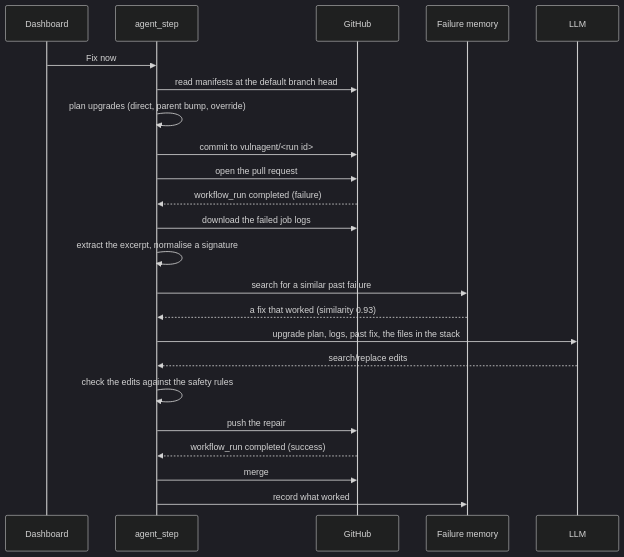
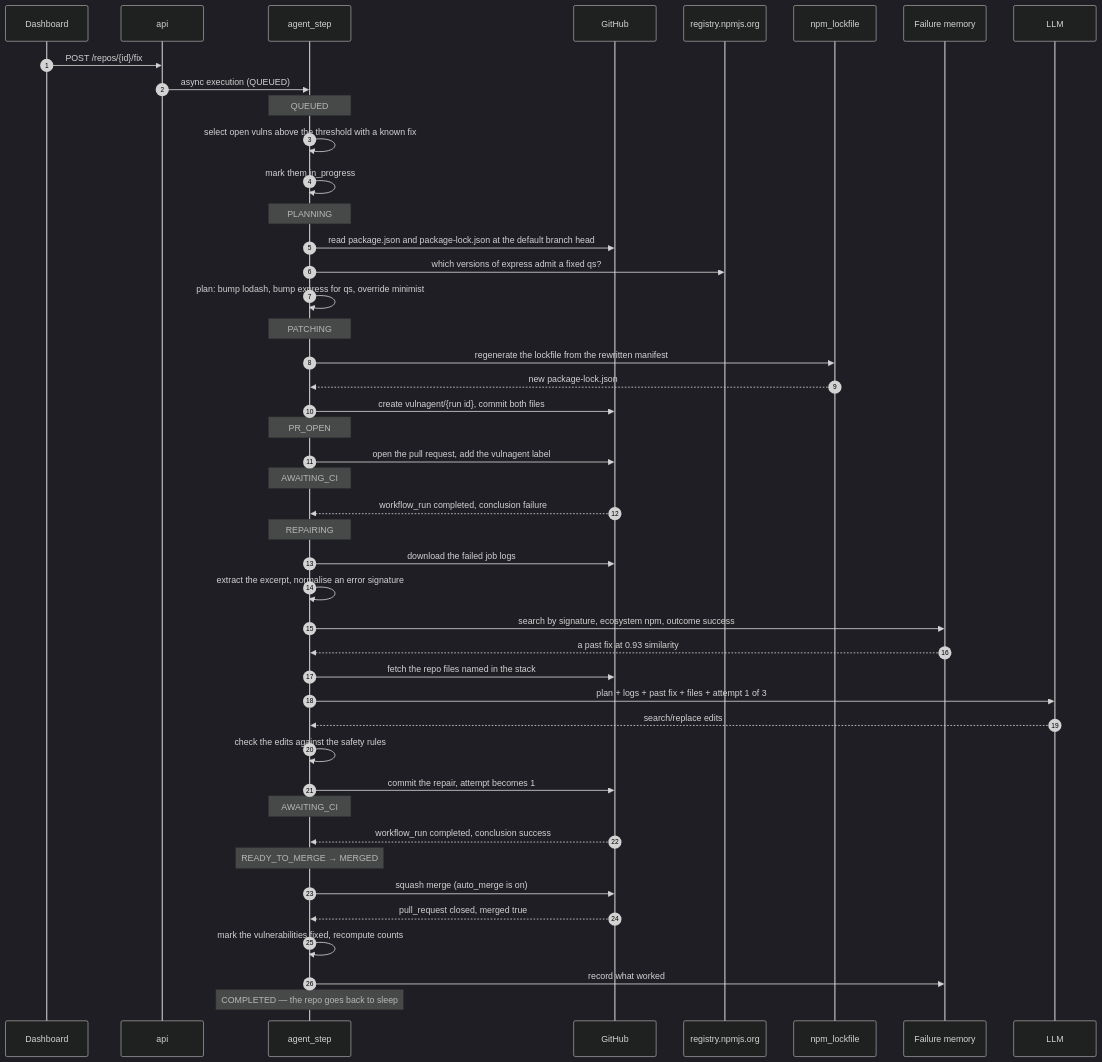
The third of 4 diagrams in docs/architecture.md (PranavViswanathan/Hydra), drawn with Mermaid (dark theme) before and after one commit. The commit also changed other lines of this file and 15 other files, not shown here.

````diff
--- a/docs/architecture.md
+++ b/docs/architecture.md
@@ -86,26 +125,57 @@
 ```mermaid
 sequenceDiagram
+    autonumber
     participant D as Dashboard
-    participant A as agent_step
+    participant API as api
+    participant S as agent_step
     participant G as GitHub
+    participant R as registry.npmjs.org
+    participant N as npm_lockfile
     participant M as Failure memory
     participant L as LLM
 
-    D->>A: Fix now
-    A->>G: read manifests at the default branch head
-    A->>A: plan upgrades (direct, parent bump, override)
-    A->>G: commit to vulnagent/<run id>
-    A->>G: open the pull request
-    G-->>A: workflow_run completed (failure)
-    A->>G: download the failed job logs
-    A->>A: extract the excerpt, normalise a signature
-    A->>M: search for a similar past failure
-    M-->>A: a fix that worked (similarity 0.93)
-    A->>L: upgrade plan, logs, past fix, the files in the stack
-    L-->>A: search/replace edits
-    A->>A: check the edits against the safety rules
-    A->>G: push the repair
-    G-->>A: workflow_run completed (success)
-    A->>G: merge
-    A->>M: record what worked
+    D->>API: POST /repos/{id}/fix
+    API->>S: async execution (QUEUED)
+
+    Note over S: QUEUED
+    S->>S: select open vulns above the threshold with a known fix
+    S->>S: mark them in_progress
+
+    Note over S: PLANNING
+    S->>G: read package.json and package-lock.json at the default branch head
+    S->>R: which versions of express admit a fixed qs?
+    S->>S: plan: bump lodash, bump express for qs, override minimist
+
+    Note over S: PATCHING
+    S->>N: regenerate the lockfile from the rewritten manifest
+    N-->>S: new package-lock.json
+    S->>G: create vulnagent/{run id}, commit both files
+
+    Note over S: PR_OPEN
+    S->>G: open the pull request, add the vulnagent label
+
+    Note over S: AWAITING_CI
+    G-->>S: workflow_run completed, conclusion failure
+
+    Note over S: REPAIRING
+    S->>G: download the failed job logs
+    S->>S: extract the excerpt, normalise an error signature
+    S->>M: search by signature, ecosystem npm, outcome success
+    M-->>S: a past fix at 0.93 similarity
+    S->>G: fetch the repo files named in the stack
+    S->>L: plan + logs + past fix + files + attempt 1 of 3
+    L-->>S: search/replace edits
+    S->>S: check the edits against the safety rules
+    S->>G: commit the repair, attempt becomes 1
+
+    Note over S: AWAITING_CI
+    G-->>S: workflow_run completed, conclusion success
+
+    Note over S: READY_TO_MERGE → MERGED
+    S->>G: squash merge (auto_merge is on)
+    G-->>S: pull_request closed, merged true
+    S->>S: mark the vulnerabilities fixed, recompute counts
+    S->>M: record what worked
+
+    Note over S: COMPLETED — the repo goes back to sleep
 ```
````
